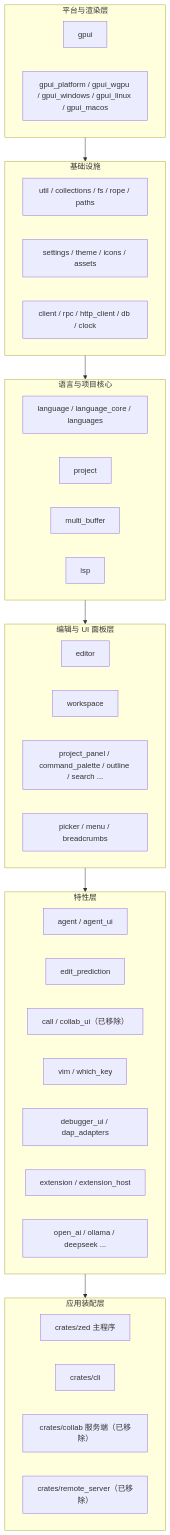
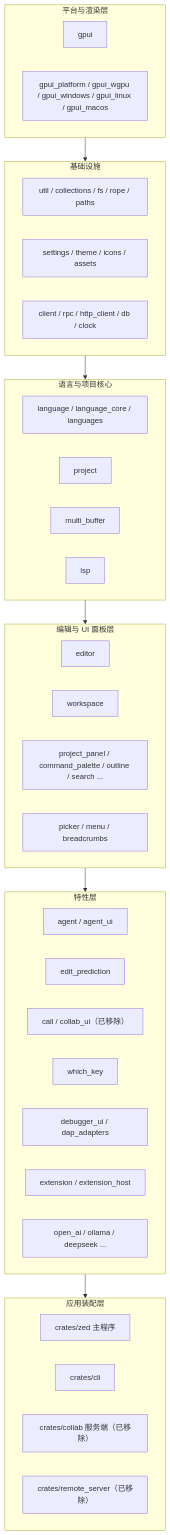
One commit to rzhangjing/zed changed the diagram in wiki/Architecture.md. Above: the diagram before and after it, drawn with Mermaid. The commit also changed other lines of this file and 52 other files, not shown here.

````diff
--- a/wiki/Architecture.md
+++ b/wiki/Architecture.md
@@ -7,41 +7,41 @@
 ```mermaid
 graph TB
     subgraph L6[应用装配层]
         ZED[crates/zed 主程序]
         CLI[crates/cli]
         COLLAB["crates/collab 服务端（已移除）"]
         RS["crates/remote_server（已移除）"]
     end
     subgraph L5[特性层]
         AGENT[agent / agent_ui]
         PRED[edit_prediction]
         CALL["call / collab_ui（已移除）"]
-        VIM[vim / which_key]
+        VIM[which_key]
         DBG[debugger_ui / dap_adapters]
         EXT[extension / extension_host]
         PROV[open_ai / ollama / deepseek ...]
     end
     subgraph L4[编辑与 UI 面板层]
         EDITOR[editor]
         WS[workspace]
         PANELS[project_panel / command_palette / outline / search ...]
         PICKER[picker / menu / breadcrumbs]
     end
     subgraph L3[语言与项目核心]
         LANG[language / language_core / languages]
         PROJ[project]
         MB[multi_buffer]
         LSP[lsp]
     end
     subgraph L2[基础设施]
         UTIL[util / collections / fs / rope / paths]
         SET[settings / theme / icons / assets]
         NET[client / rpc / http_client / db / clock]
     end
     subgraph L1[平台与渲染层]
         GPUI[gpui]
         PLAT[gpui_platform / gpui_wgpu / gpui_windows / gpui_linux / gpui_macos]
     end
 
     L1 --> L2 --> L3 --> L4 --> L5 --> L6
 ```
````
